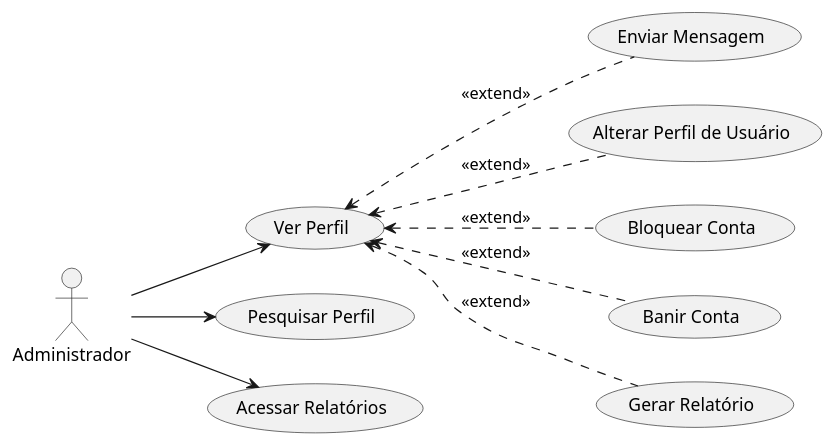
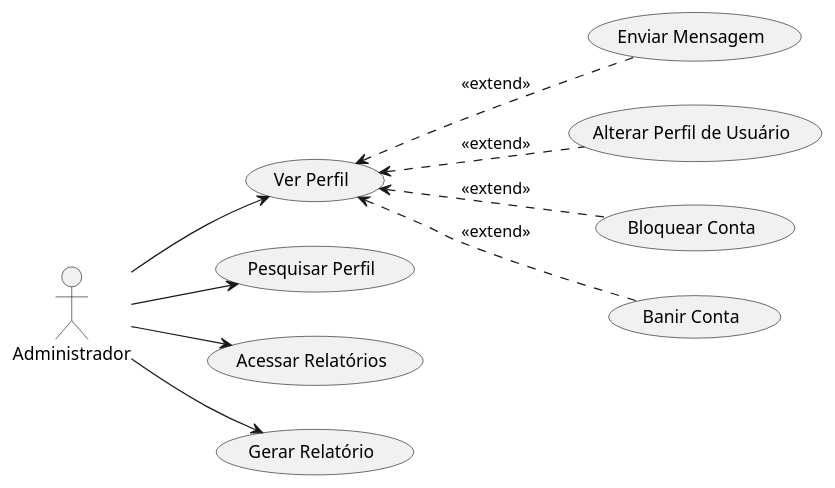
Before and after one commit to TheKrauser/Engenharia-Software-II: the diagram in Docs/Novos Casos de Uso/Admin.puml, drawn with PlantUML.

```diff
--- a/Docs/Novos Casos de Uso/Admin.puml
+++ b/Docs/Novos Casos de Uso/Admin.puml
@@ -1,24 +1,24 @@
 @startuml "Admin"
 left to right direction
 
 actor Administrador as ADM
 
 usecase "Ver Perfil" as verPerfil
 usecase "Enviar Mensagem" as enviarMensagem
 usecase "Pesquisar Perfil" as pesquisarPerfil
 usecase "Alterar Perfil de Usuário" as alterarPerfilUser
 usecase "Bloquear Conta" as bloquearConta
 usecase "Banir Conta" as banirConta
 usecase "Acessar Relatórios" as acessarRelatorio
 usecase "Gerar Relatório" as gerarRelatorio
 
 ADM --> verPerfil
 verPerfil <.. enviarMensagem : <<extend>>
 verPerfil <.. alterarPerfilUser : <<extend>>
 verPerfil <.. banirConta : <<extend>>
 verPerfil <.. bloquearConta : <<extend>>
 ADM --> pesquisarPerfil
 ADM --> acessarRelatorio
-verPerfil <.. gerarRelatorio : <<extend>>
+ADM --> gerarRelatorio
 
 @enduml
```
